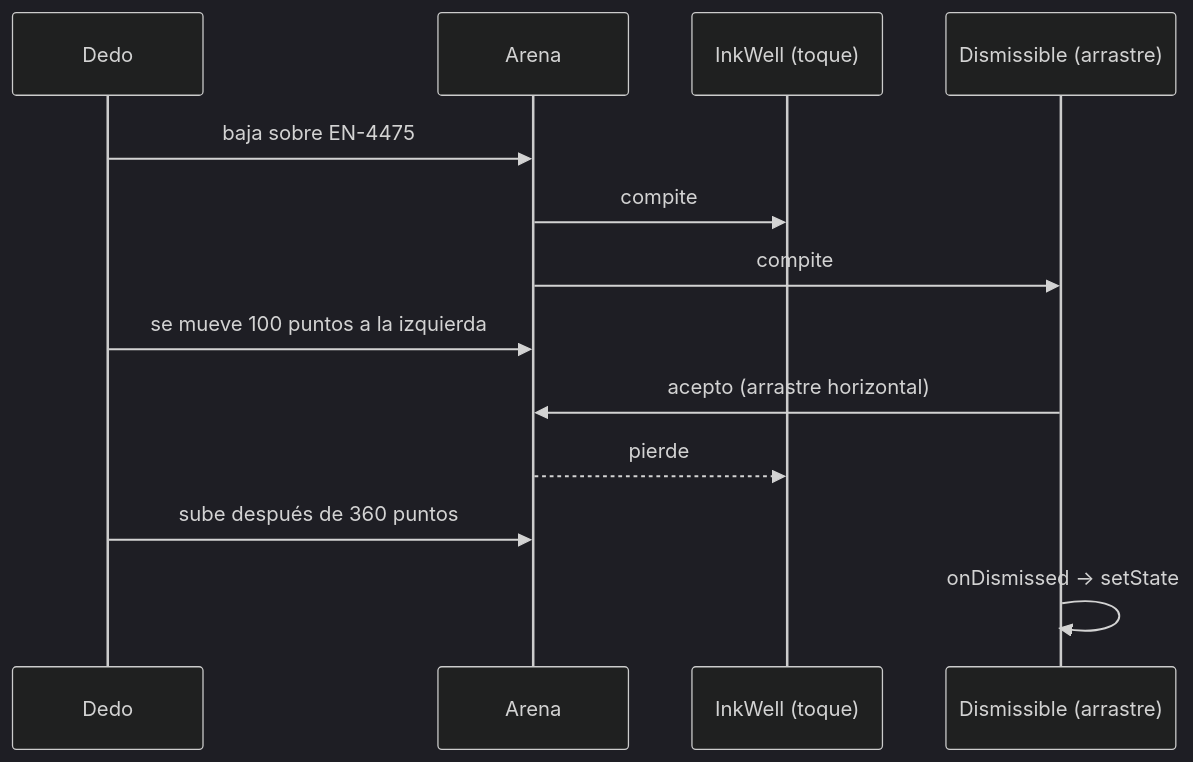
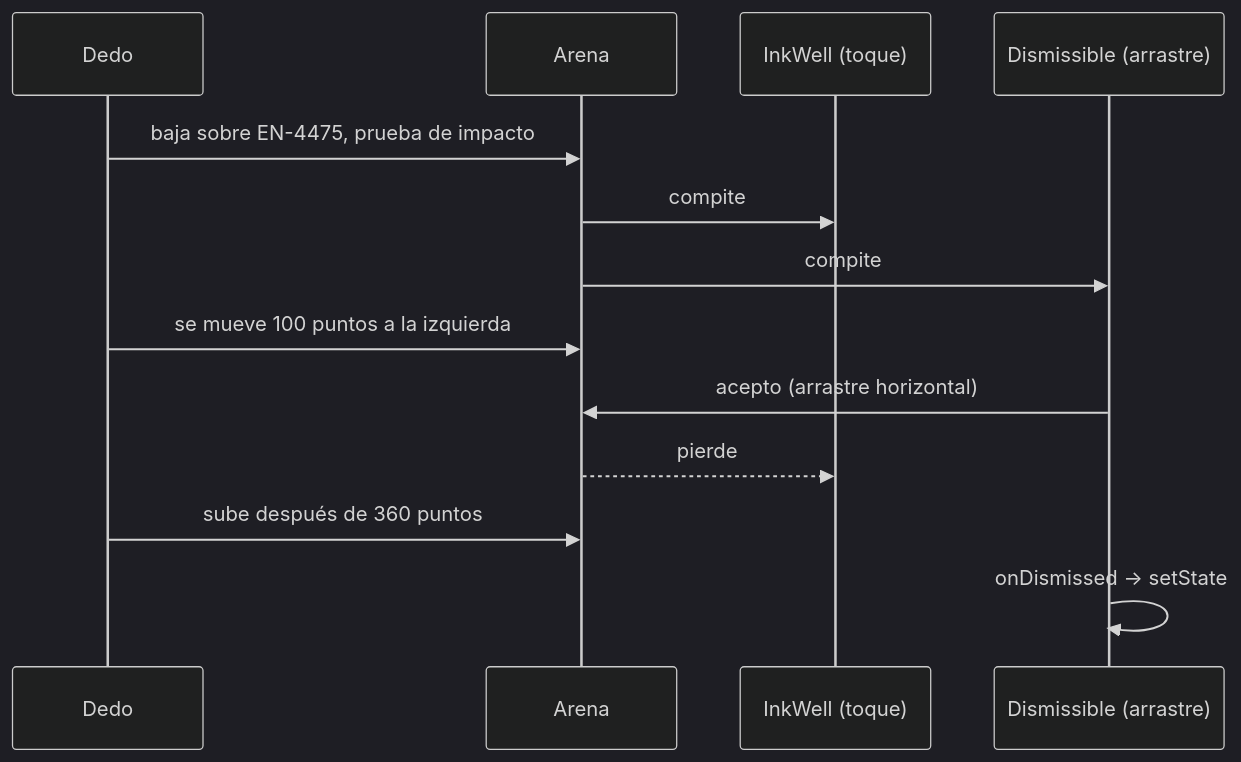
One commit to NICORUIZ93/The_Imperial_Book changed the seventh of 7 diagrams in web/public/content/flutter/modulo-1.md. Above: the diagram before and after it, drawn with Mermaid (dark theme). The commit also changed other lines of this file and 65 other files, not shown here.

````diff
--- a/web/public/content/flutter/modulo-1.md
+++ b/web/public/content/flutter/modulo-1.md
@@ -2156,15 +2687,15 @@
 ```mermaid
 sequenceDiagram
     participant D as Dedo
     participant A as Arena
     participant I as InkWell (toque)
     participant S as Dismissible (arrastre)
-    D->>A: baja sobre EN-4475
+    D->>A: baja sobre EN-4475, prueba de impacto
     A->>I: compite
     A->>S: compite
     D->>A: se mueve 100 puntos a la izquierda
     S->>A: acepto (arrastre horizontal)
     A-->>I: pierde
     D->>A: sube después de 360 puntos
     S->>S: onDismissed → setState
 ```
````
